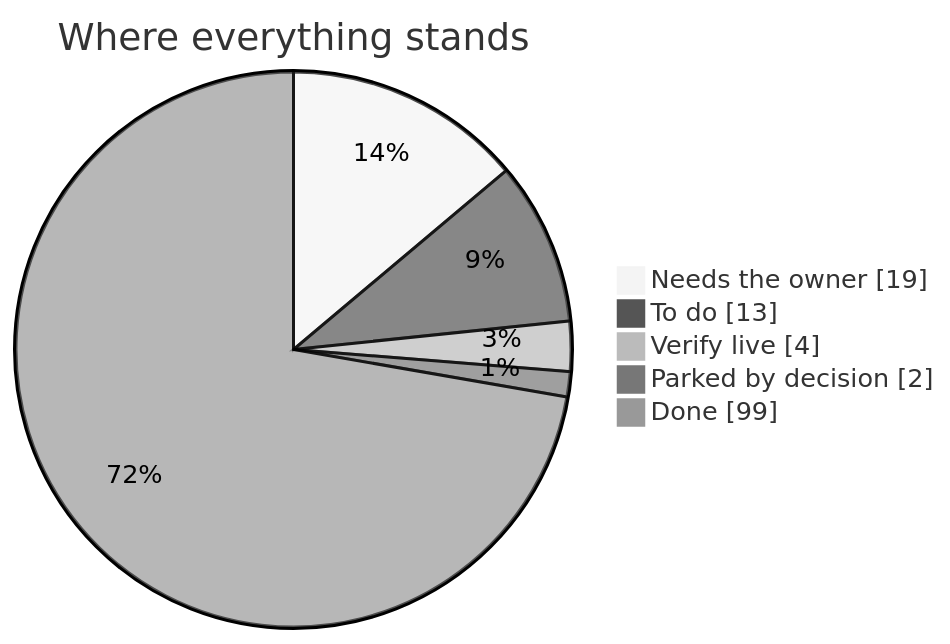
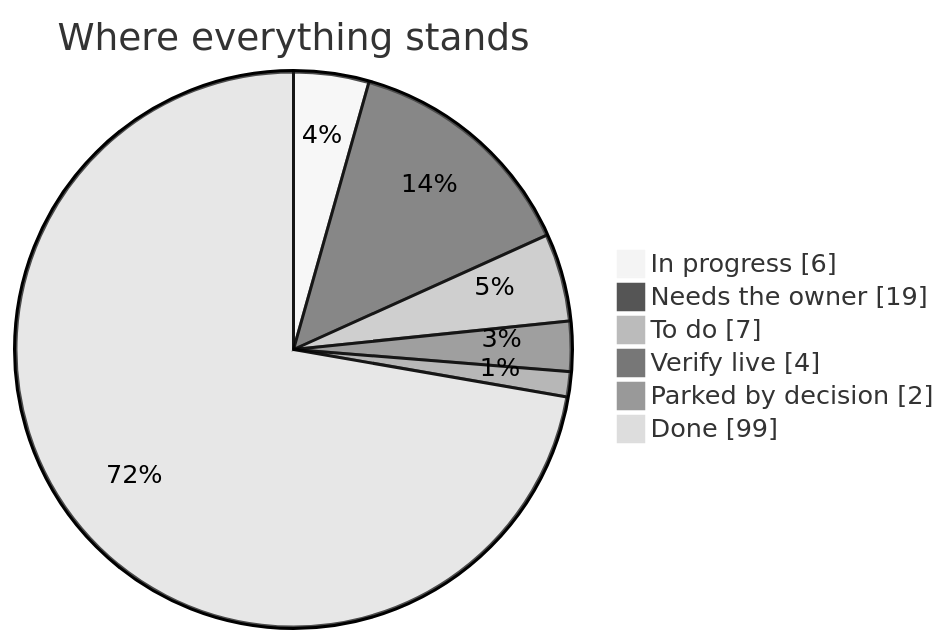
Before and after one commit to divitkej/gradlink: the diagram in launch-board/README.md, drawn with Mermaid (neutral theme). The commit also changed other lines of this file and 4 other files, not shown here.

````diff
--- a/launch-board/README.md
+++ b/launch-board/README.md
@@ -11,9 +11,10 @@
 ```mermaid
 pie showData
   title Where everything stands
+  "In progress" : 6
   "Needs the owner" : 19
-  "To do" : 13
+  "To do" : 7
   "Verify live" : 4
   "Parked by decision" : 2
   "Done" : 99
 ```
````
